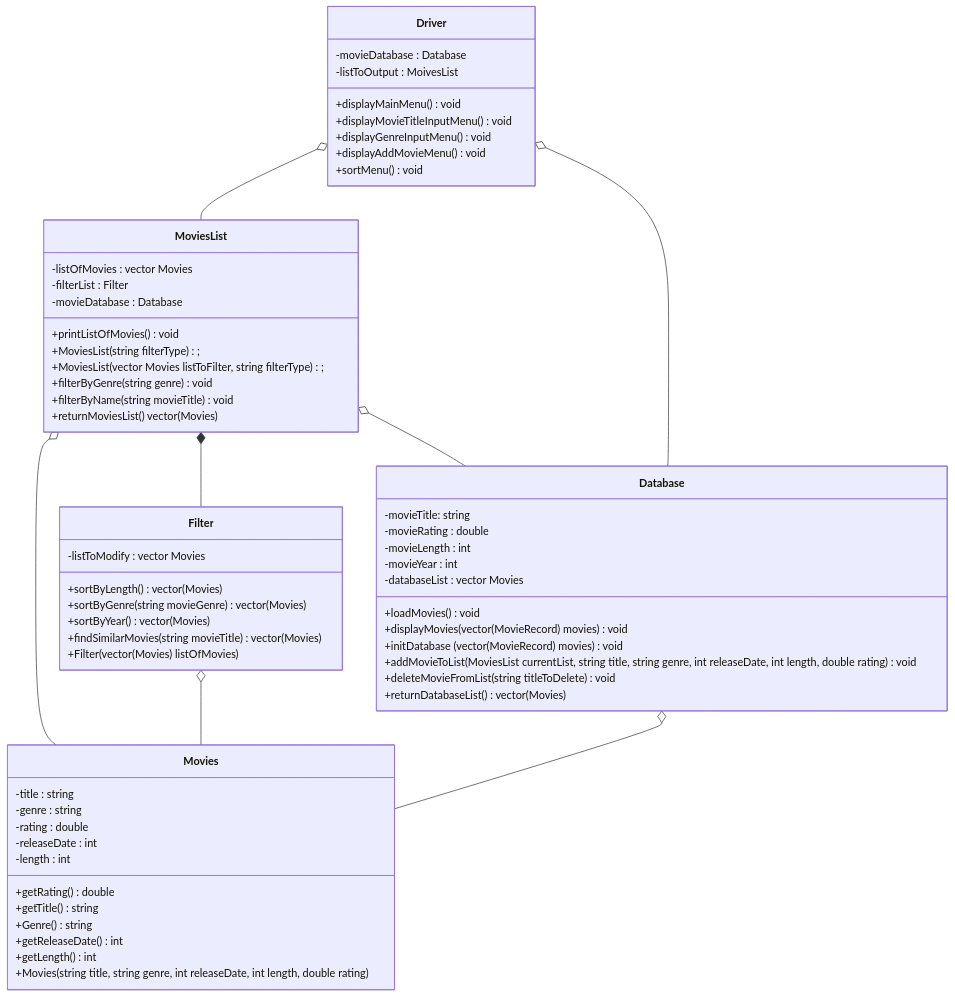
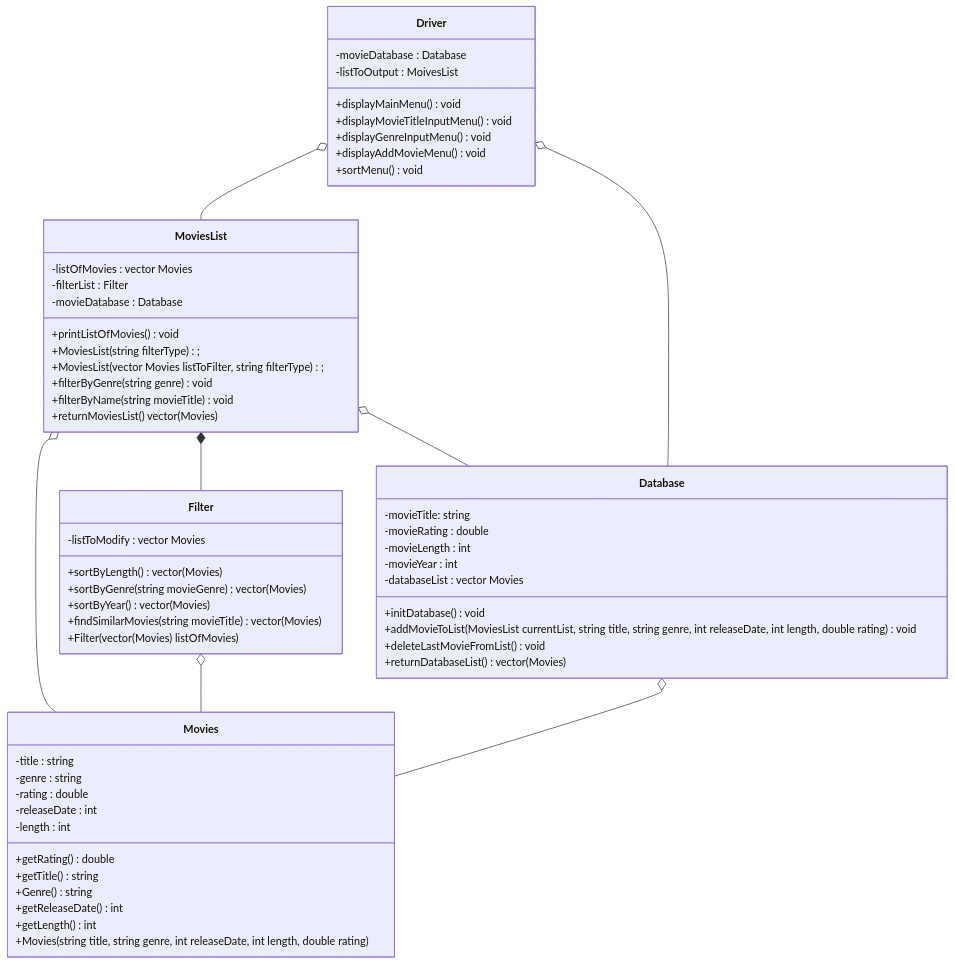
The diagram in README.md (ssant096/Movie-Recommeder), drawn with Mermaid before and after one commit.

Commit message:
Update UML

````diff
--- a/README.md
+++ b/README.md
@@ -19,65 +19,63 @@
 ```mermaid
  classDiagram
  MoviesList o-- Movies
  MoviesList *-- Filter
  Driver o-- MoviesList
  MoviesList o-- Database
  Driver o-- Database
  Filter o-- Movies
  Database o-- Movies
  
  class Driver{
    -movieDatabase : Database
    -listToOutput : MoivesList
    +displayMainMenu() void
    +displayMovieTitleInputMenu() void
    +displayGenreInputMenu() void
    +displayAddMovieMenu() void
    +sortMenu() void
  }
  class Database{
    -movieTitle: string
    -movieRating : double
    -movieLength : int
    -movieYear : int
    -databaseList : vector Movies
-   +loadMovies() void
-   +displayMovies(vector(MovieRecord) movies) void
-   +initDatabase (vector(MovieRecord) movies) void
+   +initDatabase () void
    +addMovieToList(MoviesList currentList, string title, string genre, int releaseDate, int length, double rating) void
-   +deleteMovieFromList(string titleToDelete) void
+   +deleteLastMovieFromList() void
    +returnDatabaseList() : vector(Movies)
  }
  class Movies{
    -title : string
    -genre : string
    -rating : double
    -releaseDate : int
    -length : int
    +getRating() double
    +getTitle() string
    +Genre() string
    +getReleaseDate() int
    +getLength() int
    +Movies(string title, string genre, int releaseDate, int length, double rating) 
  }
  class MoviesList{
    -listOfMovies : vector Movies
    -filterList : Filter
    -movieDatabase : Database
    +printListOfMovies() void
    +MoviesList(string filterType);
    +MoviesList(vector Movies listToFilter, string filterType);
    +filterByGenre(string genre) void
    +filterByName(string movieTitle) void
    +returnMoviesList() vector(Movies)
  }
  class Filter{
    -listToModify : vector Movies
    +sortByLength() : vector(Movies)
    +sortByGenre(string movieGenre) : vector(Movies)
    +sortByYear() : vector(Movies)
    +findSimilarMovies(string movieTitle) : vector(Movies)
    +Filter(vector(Movies) listOfMovies)
  }
 ``` 
````
